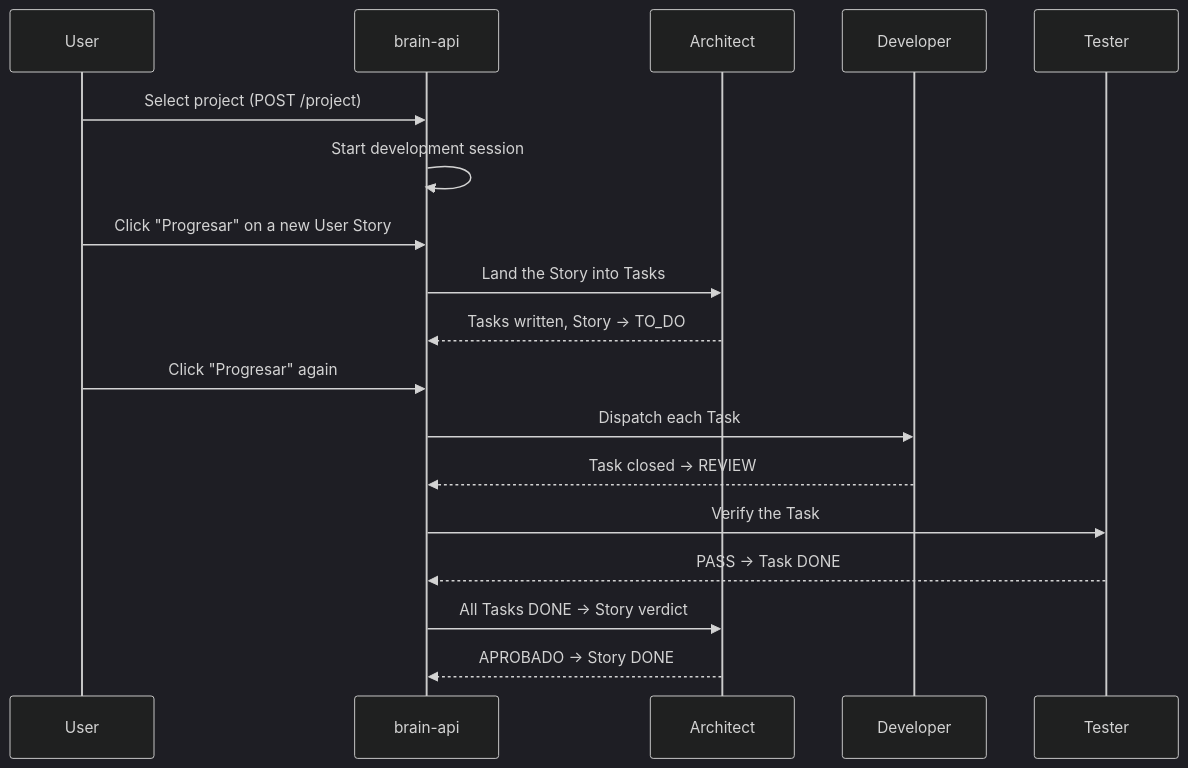
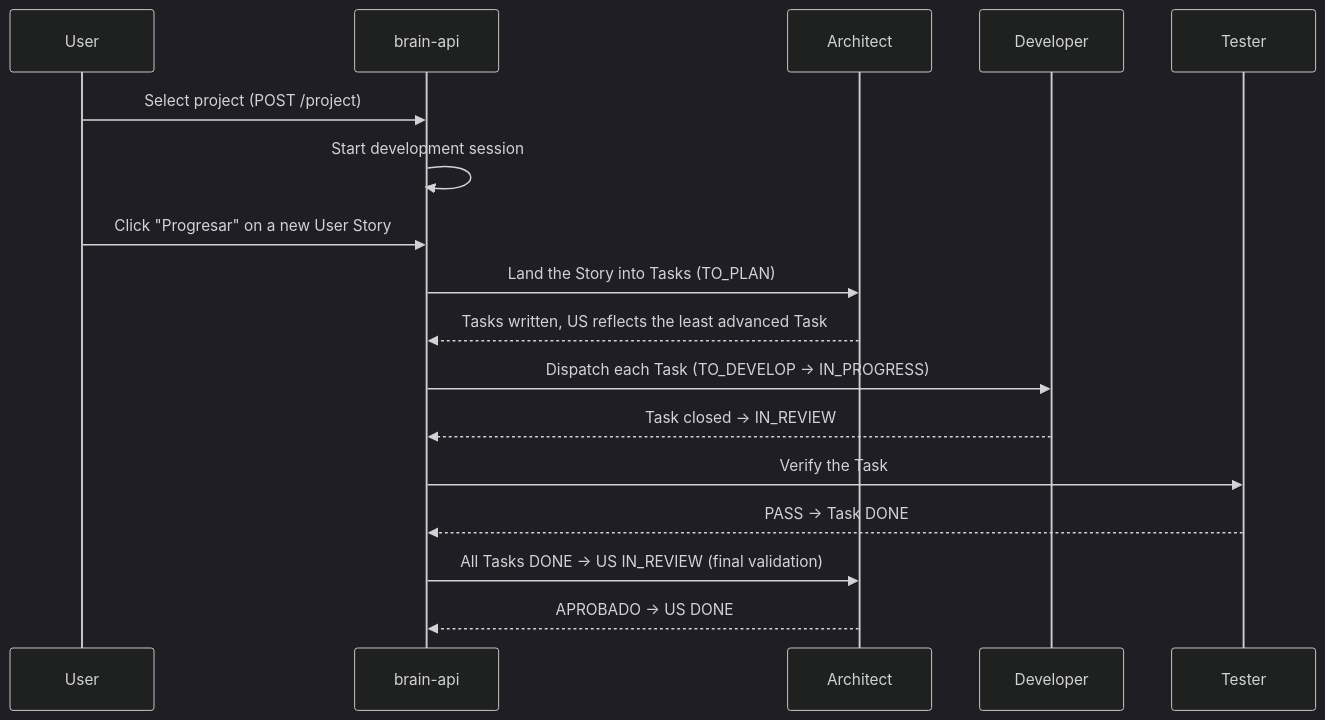
The diagram in docs/en/concepts.md (Yokosillo/atlas-forge), drawn with Mermaid (dark theme) before and after one commit. The commit also changed other lines of this file and 20 other files, not shown here.

````diff
--- a/docs/en/concepts.md
+++ b/docs/en/concepts.md
@@ -62,21 +62,20 @@
 ```mermaid
 sequenceDiagram
     participant U as User
     participant B as brain-api
     participant A as Architect
     participant D as Developer
     participant T as Tester
 
     U->>B: Select project (POST /project)
     B->>B: Start development session
     U->>B: Click "Progresar" on a new User Story
-    B->>A: Land the Story into Tasks
-    A-->>B: Tasks written, Story → TO_DO
-    U->>B: Click "Progresar" again
-    B->>D: Dispatch each Task
-    D-->>B: Task closed → REVIEW
+    B->>A: Land the Story into Tasks (TO_PLAN)
+    A-->>B: Tasks written, US reflects the least advanced Task
+    B->>D: Dispatch each Task (TO_DEVELOP → IN_PROGRESS)
+    D-->>B: Task closed → IN_REVIEW
     B->>T: Verify the Task
     T-->>B: PASS → Task DONE
-    B->>A: All Tasks DONE → Story verdict
-    A-->>B: APROBADO → Story DONE
+    B->>A: All Tasks DONE → US IN_REVIEW (final validation)
+    A-->>B: APROBADO → US DONE
 ```
````
